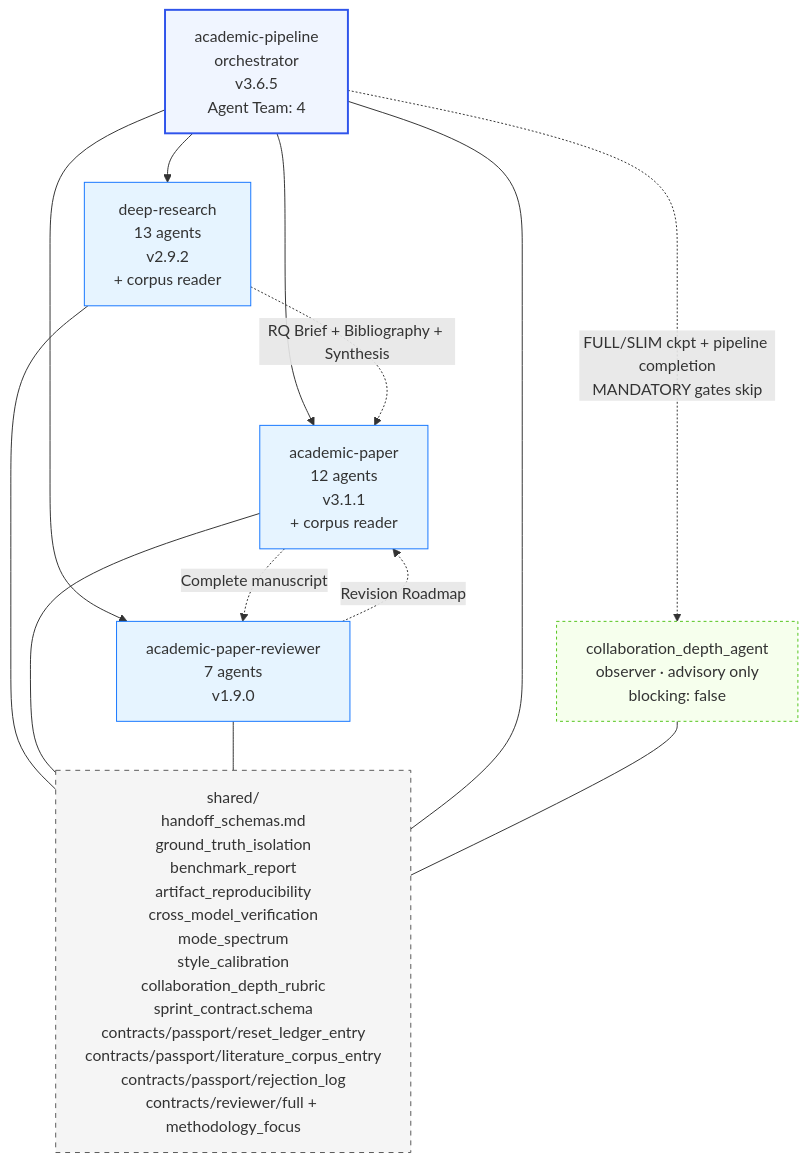
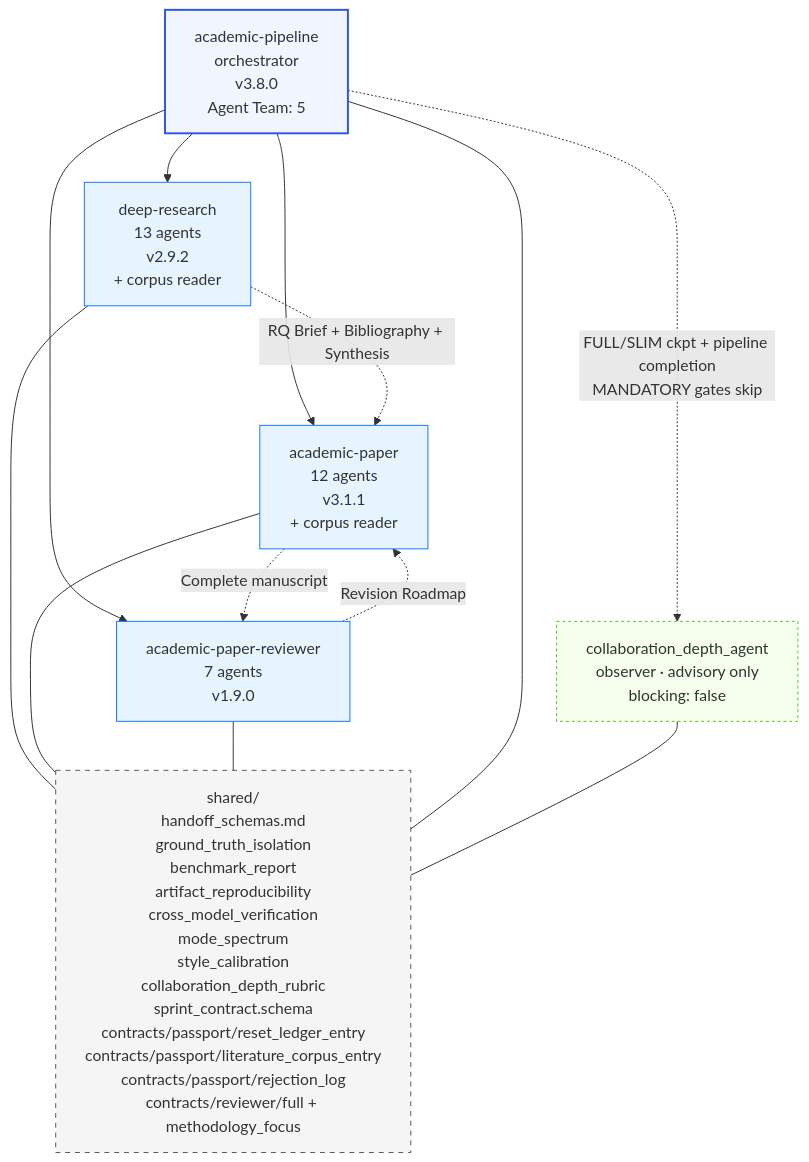
The fourth of 5 diagrams in docs/ARCHITECTURE.md (Imbad0202/academic-research-skills), drawn with Mermaid before and after one commit. The commit also changed other lines of this file and 10 other files, not shown here.

````diff
--- a/docs/ARCHITECTURE.md
+++ b/docs/ARCHITECTURE.md
@@ -200,31 +200,31 @@
 ```mermaid
 graph TD
-    Pipeline[academic-pipeline<br/>orchestrator<br/>v3.6.5<br/>Agent Team: 4]
+    Pipeline[academic-pipeline<br/>orchestrator<br/>v3.8.0<br/>Agent Team: 5]
     Observer[collaboration_depth_agent<br/>observer · advisory only<br/>blocking: false]
     DR[deep-research<br/>13 agents<br/>v2.9.2<br/>+ corpus reader]
     AP[academic-paper<br/>12 agents<br/>v3.1.1<br/>+ corpus reader]
     APR[academic-paper-reviewer<br/>7 agents<br/>v1.9.0]
     Shared[shared/<br/>handoff_schemas.md<br/>ground_truth_isolation<br/>benchmark_report<br/>artifact_reproducibility<br/>cross_model_verification<br/>mode_spectrum<br/>style_calibration<br/>collaboration_depth_rubric<br/>sprint_contract.schema<br/>contracts/passport/reset_ledger_entry<br/>contracts/passport/literature_corpus_entry<br/>contracts/passport/rejection_log<br/>contracts/reviewer/full + methodology_focus]
 
     Pipeline --> DR
     Pipeline --> AP
     Pipeline --> APR
     Pipeline -. "FULL/SLIM ckpt + pipeline completion<br/>MANDATORY gates skip" .-> Observer
     DR -. "RQ Brief + Bibliography + Synthesis" .-> AP
     AP -. "Complete manuscript" .-> APR
     APR -. "Revision Roadmap" .-> AP
     DR --- Shared
     AP --- Shared
     APR --- Shared
     Pipeline --- Shared
     Observer --- Shared
 
     classDef orch fill:#f0f5ff,stroke:#2f54eb,stroke-width:2px
     classDef skill fill:#e6f4ff,stroke:#1677ff
     classDef shared fill:#f5f5f5,stroke:#595959,stroke-dasharray:5 5
     classDef observer fill:#f6ffed,stroke:#52c41a,stroke-dasharray:3 3
     class Pipeline orch
     class DR,AP,APR skill
     class Shared shared
     class Observer observer
 ```
````
